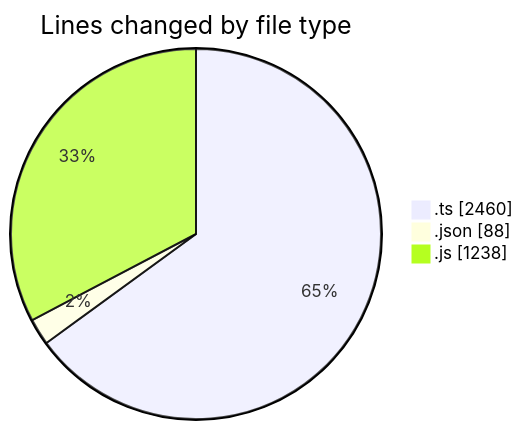
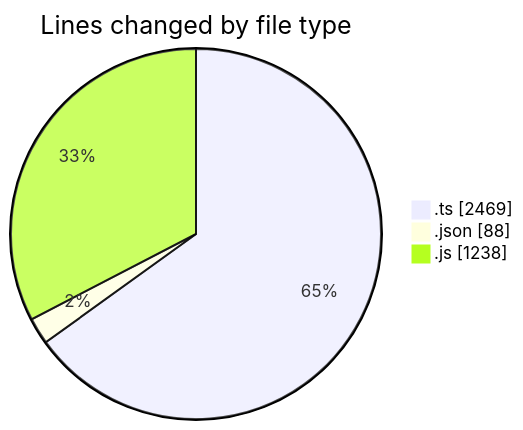
The first of 2 diagrams in 2025-07-30/cda/README.md (momahboobian/code-tracking), drawn with Mermaid before and after one commit. The commit also changed other lines of this file and 1 other file, not shown here.

````diff
--- a/2025-07-30/cda/README.md
+++ b/2025-07-30/cda/README.md
@@ -26,7 +26,7 @@
 ```mermaid
 pie showData
 title Lines changed by file type
-".ts" : 2460
+".ts" : 2469
 ".json" : 88
 ".js" : 1238
 ```
````
